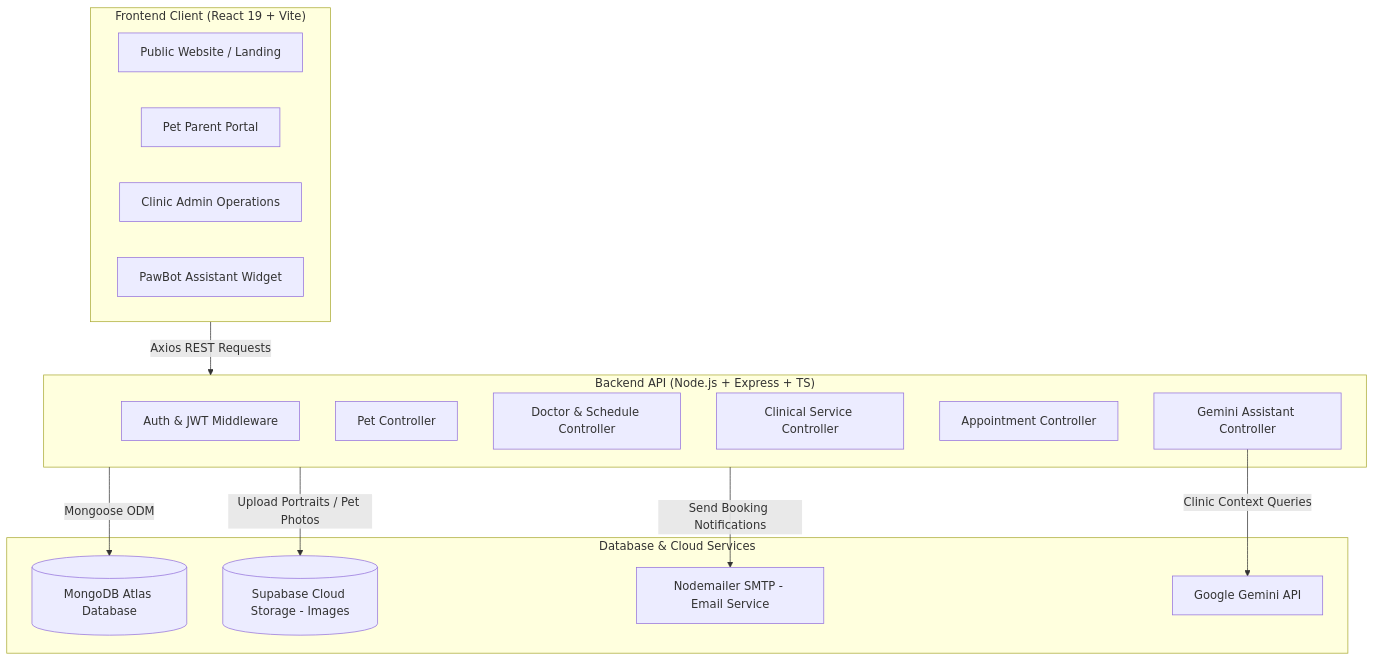
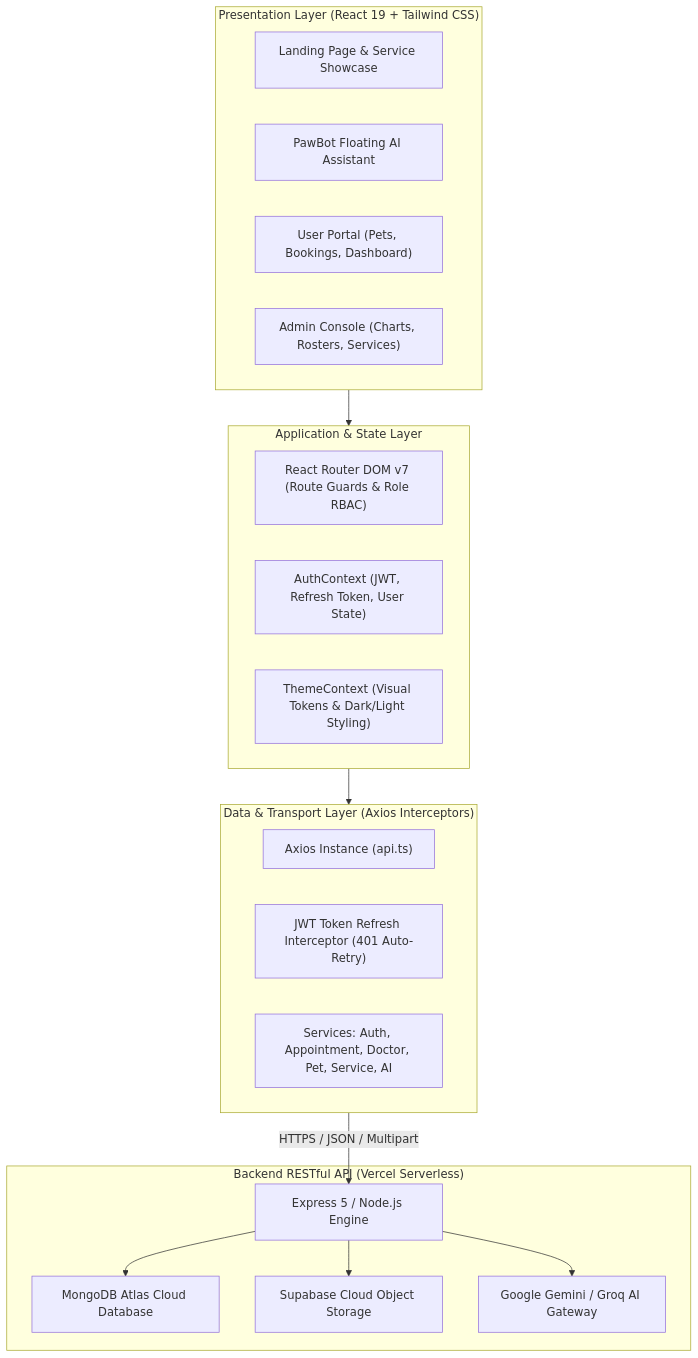
Before and after one commit to chathunga2007/ITS2020-Pet-Care-and-Vet-Clinic-Appointment-System-Frontend: the first of 2 diagrams in README.md, drawn with Mermaid. The commit also changed other lines of this file, not shown here.

````diff
--- a/README.md
+++ b/README.md
@@ -94,31 +84,35 @@
 ```mermaid
 flowchart TD
-    subgraph ClientLayer["Frontend Client (React 19 + Vite)"]
-        Landing["Public Website / Landing"]
-        UserHub["Pet Parent Portal"]
-        AdminHub["Clinic Admin Operations"]
-        PawBotUI["PawBot Assistant Widget"]
+    subgraph UI_Layer["Presentation Layer (React 19 + Tailwind CSS)"]
+        LP["Landing Page & Service Showcase"]
+        AI["PawBot Floating AI Assistant"]
+        U_Portal["User Portal (Pets, Bookings, Dashboard)"]
+        A_Portal["Admin Console (Charts, Rosters, Services)"]
     end
 
-    subgraph ServerLayer["Backend API (Node.js + Express + TS)"]
-        AuthCtrl["Auth & JWT Middleware"]
-        PetCtrl["Pet Controller"]
-        DocCtrl["Doctor & Schedule Controller"]
-        SvcCtrl["Clinical Service Controller"]
-        ApptCtrl["Appointment Controller"]
-        AICtrl["Gemini Assistant Controller"]
+    subgraph State_Layer["Application & State Layer"]
+        Router["React Router DOM v7 (Route Guards & Role RBAC)"]
+        AuthCtx["AuthContext (JWT, Refresh Token, User State)"]
+        ThemeCtx["ThemeContext (Visual Tokens & Dark/Light Styling)"]
     end
 
-    subgraph CloudServices["Database & Cloud Services"]
-        Mongo[("MongoDB Atlas Database")]
-        Supabase[("Supabase Cloud Storage - Images")]
-        SMTP["Nodemailer SMTP - Email Service"]
-        GeminiAPI["Google Gemini API"]
+    subgraph Service_Layer["Data & Transport Layer (Axios Interceptors)"]
+        API["Axios Instance (api.ts)"]
+        TokenRotator["JWT Token Refresh Interceptor (401 Auto-Retry)"]
+        EndPoints["Services: Auth, Appointment, Doctor, Pet, Service, AI"]
     end
 
-    ClientLayer -->|Axios REST Requests| ServerLayer
-    ServerLayer -->|Mongoose ODM| Mongo
-    ServerLayer -->|Upload Portraits / Pet Photos| Supabase
-    ServerLayer -->|Send Booking Notifications| SMTP
-    AICtrl -->|Clinic Context Queries| GeminiAPI
+    subgraph Backend_Cloud["Backend RESTful API (Vercel Serverless)"]
+        NodeAPI["Express 5 / Node.js Engine"]
+        MongoDB["MongoDB Atlas Cloud Database"]
+        Supabase["Supabase Cloud Object Storage"]
+        LLM["Google Gemini / Groq AI Gateway"]
+    end
+
+    UI_Layer --> State_Layer
+    State_Layer --> Service_Layer
+    Service_Layer -->|HTTPS / JSON / Multipart| NodeAPI
+    NodeAPI --> MongoDB
+    NodeAPI --> Supabase
+    NodeAPI --> LLM
 ```
````
